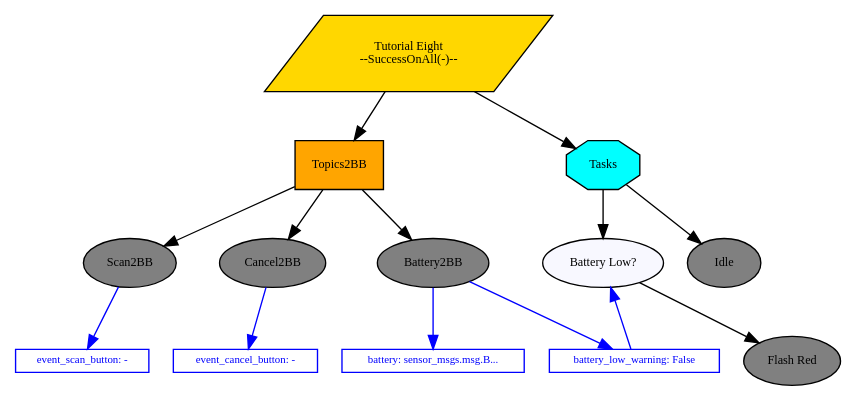
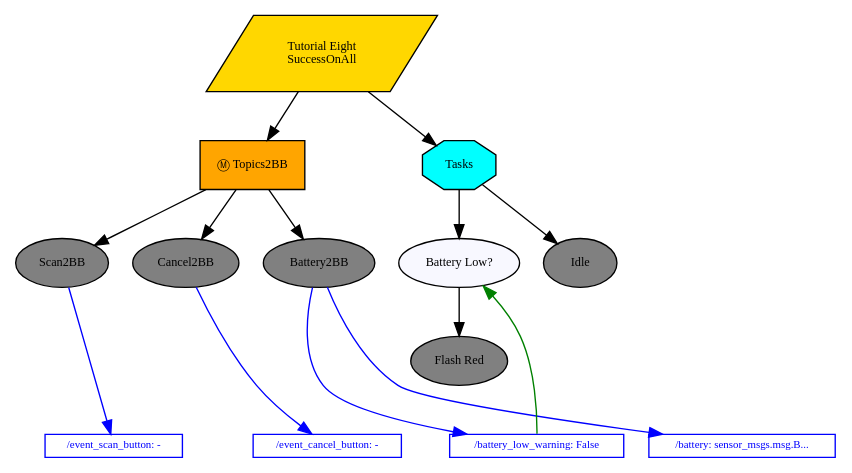
The diagram in doc/dot/tutorial-eight-core-tree.dot (splintered-reality/py_trees_ros_tutorials), drawn with Graphviz before and after one commit. The commit also changed 8 other files, not shown here.

```diff
--- a/doc/dot/tutorial-eight-core-tree.dot
+++ b/doc/dot/tutorial-eight-core-tree.dot
@@ -1,53 +1,38 @@
 digraph pastafarianism {
+ordering=out;
 graph [fontname="times-roman"];
 node [fontname="times-roman"];
 edge [fontname="times-roman"];
-"Tutorial Eight" [label="Tutorial Eight\n--SuccessOnAll(-)--", shape=parallelogram, style=filled, fillcolor=gold, fontsize=9, fontcolor=black];
-Topics2BB [label=Topics2BB, shape=box, style=filled, fillcolor=orange, fontsize=9, fontcolor=black];
+"Tutorial Eight" [fillcolor=gold, fontcolor=black, fontsize=9, label="Tutorial Eight\nSuccessOnAll", shape=parallelogram, style=filled];
+Topics2BB [fillcolor=orange, fontcolor=black, fontsize=9, label="Ⓜ Topics2BB", shape=box, style=filled];
 "Tutorial Eight" -> Topics2BB;
-Scan2BB [label=Scan2BB, shape=ellipse, style=filled, fillcolor=gray, fontsize=9, fontcolor=black];
+Scan2BB [fillcolor=gray, fontcolor=black, fontsize=9, label=Scan2BB, shape=ellipse, style=filled];
 Topics2BB -> Scan2BB;
-Cancel2BB [label=Cancel2BB, shape=ellipse, style=filled, fillcolor=gray, fontsize=9, fontcolor=black];
+Cancel2BB [fillcolor=gray, fontcolor=black, fontsize=9, label=Cancel2BB, shape=ellipse, style=filled];
 Topics2BB -> Cancel2BB;
-Battery2BB [label=Battery2BB, shape=ellipse, style=filled, fillcolor=gray, fontsize=9, fontcolor=black];
+Battery2BB [fillcolor=gray, fontcolor=black, fontsize=9, label=Battery2BB, shape=ellipse, style=filled];
 Topics2BB -> Battery2BB;
-subgraph  {
-label=children_of_Topics2BB;
-rank=same;
-Scan2BB [label=Scan2BB, shape=ellipse, style=filled, fillcolor=gray, fontsize=9, fontcolor=black];
-Cancel2BB [label=Cancel2BB, shape=ellipse, style=filled, fillcolor=gray, fontsize=9, fontcolor=black];
-Battery2BB [label=Battery2BB, shape=ellipse, style=filled, fillcolor=gray, fontsize=9, fontcolor=black];
+Tasks [fillcolor=cyan, fontcolor=black, fontsize=9, label=Tasks, shape=octagon, style=filled];
+"Tutorial Eight" -> Tasks;
+"Battery Low?" [fillcolor=ghostwhite, fontcolor=black, fontsize=9, label="Battery Low?", shape=ellipse, style=filled];
+Tasks -> "Battery Low?";
+"Flash Red" [fillcolor=gray, fontcolor=black, fontsize=9, label="Flash Red", shape=ellipse, style=filled];
+"Battery Low?" -> "Flash Red";
+Idle [fillcolor=gray, fontcolor=black, fontsize=9, label=Idle, shape=ellipse, style=filled];
+Tasks -> Idle;
+Cancel2BB -> "/event_cancel_button"  [color=blue, constraint=False, weight=0];
+"/battery_low_warning" -> "Battery Low?"  [color=green, constraint=False, weight=0];
+Battery2BB -> "/battery_low_warning"  [color=blue, constraint=False, weight=0];
+Scan2BB -> "/event_scan_button"  [color=blue, constraint=False, weight=0];
+Battery2BB -> "/battery"  [color=blue, constraint=False, weight=0];
+subgraph Blackboard {
+id=Blackboard;
+label=Blackboard;
+rank=sink;
+"/event_cancel_button" [color=blue, fillcolor=white, fixedsize=False, fontcolor=blue, fontsize=8, height=0, label="/event_cancel_button: -", shape=box, style=filled, width=0];
+"/battery_low_warning" [color=blue, fillcolor=white, fixedsize=False, fontcolor=blue, fontsize=8, height=0, label="/battery_low_warning: False", shape=box, style=filled, width=0];
+"/event_scan_button" [color=blue, fillcolor=white, fixedsize=False, fontcolor=blue, fontsize=8, height=0, label="/event_scan_button: -", shape=box, style=filled, width=0];
+"/battery" [color=blue, fillcolor=white, fixedsize=False, fontcolor=blue, fontsize=8, height=0, label="/battery: sensor_msgs.msg.B...", shape=box, style=filled, width=0];
 }
 
-Tasks [label=Tasks, shape=octagon, style=filled, fillcolor=cyan, fontsize=9, fontcolor=black];
-"Tutorial Eight" -> Tasks;
-"Battery Low?" [label="Battery Low?", shape=ellipse, style=filled, fillcolor=ghostwhite, fontsize=9, fontcolor=black];
-Tasks -> "Battery Low?";
-"Flash Red" [label="Flash Red", shape=ellipse, style=filled, fillcolor=gray, fontsize=9, fontcolor=black];
-"Battery Low?" -> "Flash Red";
-Idle [label=Idle, shape=ellipse, style=filled, fillcolor=gray, fontsize=9, fontcolor=black];
-Tasks -> Idle;
-subgraph  {
-label=children_of_Tasks;
-rank=same;
-"Battery Low?" [label="Battery Low?", shape=ellipse, style=filled, fillcolor=ghostwhite, fontsize=9, fontcolor=black];
-Idle [label=Idle, shape=ellipse, style=filled, fillcolor=gray, fontsize=9, fontcolor=black];
 }
-
-subgraph  {
-label="children_of_Tutorial Eight";
-rank=same;
-Topics2BB [label=Topics2BB, shape=box, style=filled, fillcolor=orange, fontsize=9, fontcolor=black];
-Tasks [label=Tasks, shape=octagon, style=filled, fillcolor=cyan, fontsize=9, fontcolor=black];
-}
-
-event_scan_button [label="event_scan_button: -", shape=box, style=filled, color=blue, fillcolor=white, fontsize=8, fontcolor=blue, width=0, height=0, fixedsize=False];
-Scan2BB -> event_scan_button  [color=blue, constraint=True];
-event_cancel_button [label="event_cancel_button: -", shape=box, style=filled, color=blue, fillcolor=white, fontsize=8, fontcolor=blue, width=0, height=0, fixedsize=False];
-Cancel2BB -> event_cancel_button  [color=blue, constraint=True];
-battery [label="battery: sensor_msgs.msg.B...", shape=box, style=filled, color=blue, fillcolor=white, fontsize=8, fontcolor=blue, width=0, height=0, fixedsize=False];
-Battery2BB -> battery  [color=blue, constraint=True];
-battery_low_warning [label="battery_low_warning: False", shape=box, style=filled, color=blue, fillcolor=white, fontsize=8, fontcolor=blue, width=0, height=0, fixedsize=False];
-battery_low_warning -> "Battery Low?"  [color=blue, constraint=False];
-Battery2BB -> battery_low_warning  [color=blue, constraint=True];
-}
```
